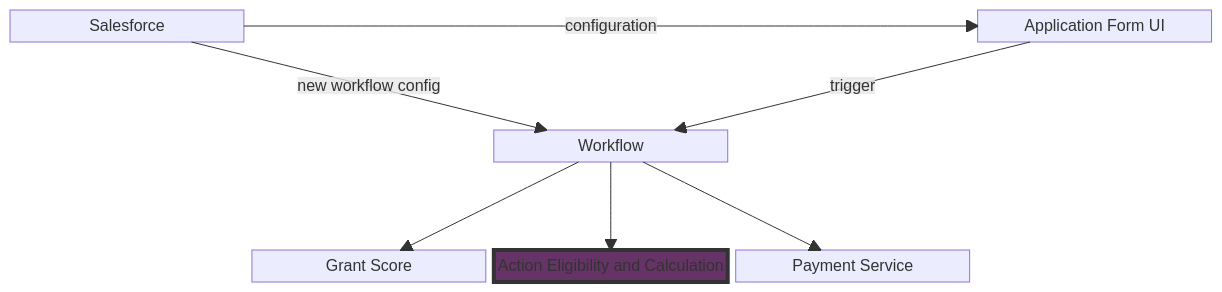
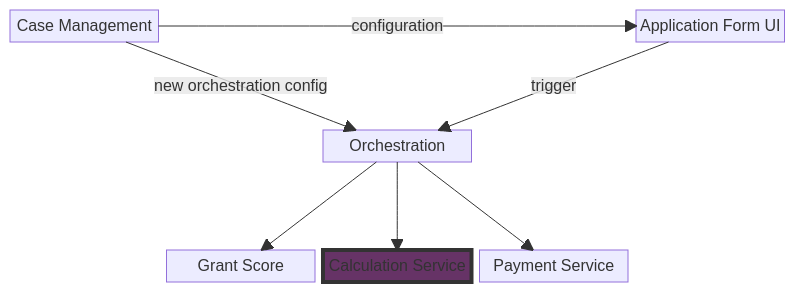
The first of 4 diagrams in architecture.md (DEFRA/ffc-rps-scratchpad), drawn with Mermaid before and after one commit. The commit also changed other lines of this file and 1 other file, not shown here.

Commit message:
built out sequences more

````diff
--- a/architecture.md
+++ b/architecture.md
@@ -1,25 +5,24 @@
 ```mermaid
 block-beta
     columns 6
 
-    Salesforce
+    CaseManagement["Case Management"]
     space:3
     AppForm["Application Form UI"]
     space:15
-    Workflow["Workflow"]
+    Orchestration["Orchestration"]
     space:16
     Grant["Grant Score"]
-    Eligibility["Action Eligibility and Calculation"]
+    Calculation["Calculation Service"]
     Payments["Payment Service"]
 
 
+    CaseManagement --"configuration"--> AppForm
+    CaseManagement --"new orchestration config"--> Orchestration
+    AppForm --"trigger"--> Orchestration
+    Orchestration --> Grant
+    Orchestration --> Calculation
+    Orchestration --> Payments
 
-    Salesforce --"configuration"--> AppForm
-    Salesforce --"new workflow config"--> Workflow
-    AppForm --"trigger"--> Workflow
-    Workflow --> Grant
-    Workflow --> Eligibility
-    Workflow --> Payments
-
-    style Eligibility padding:200px,fill:#636,stroke:#333,stroke-width:4px
+    style Calculation padding:200px,fill:#636,stroke:#333,stroke-width:4px
 ```
````
